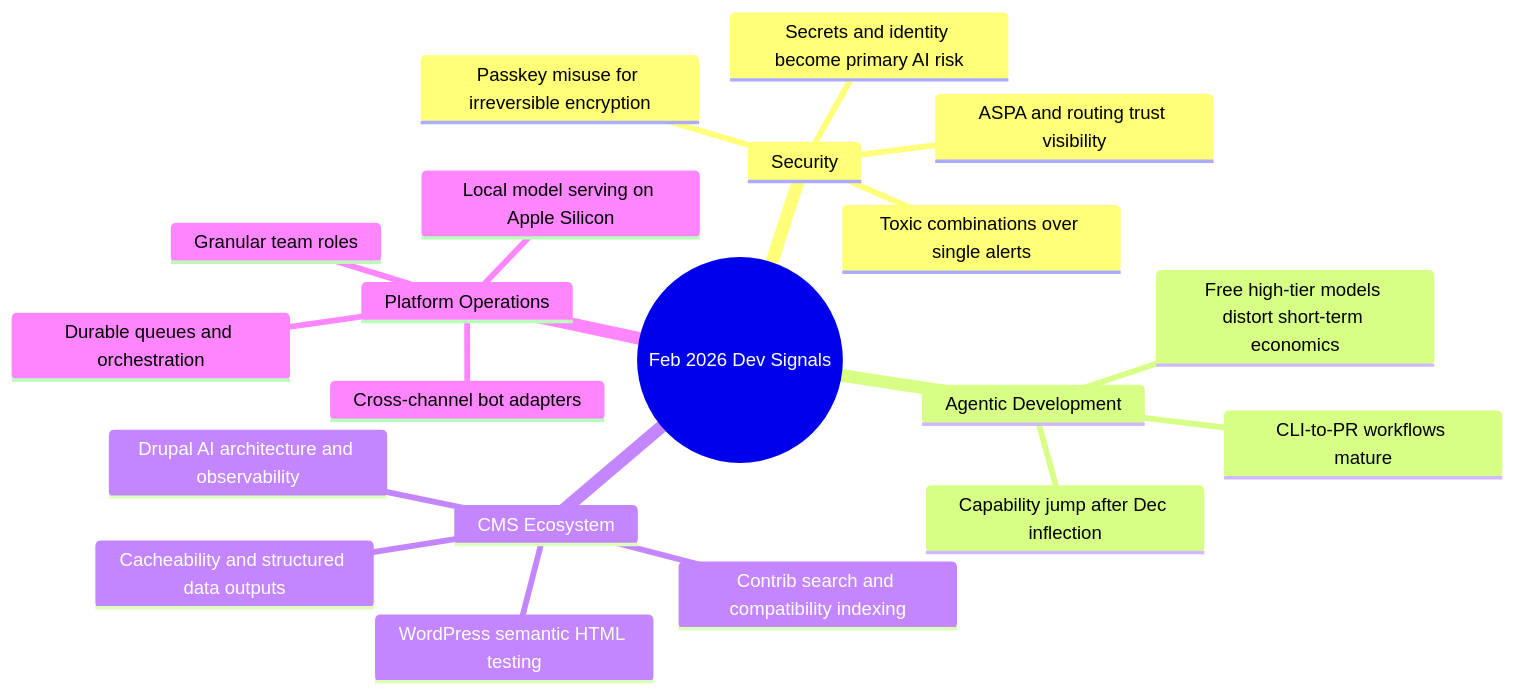
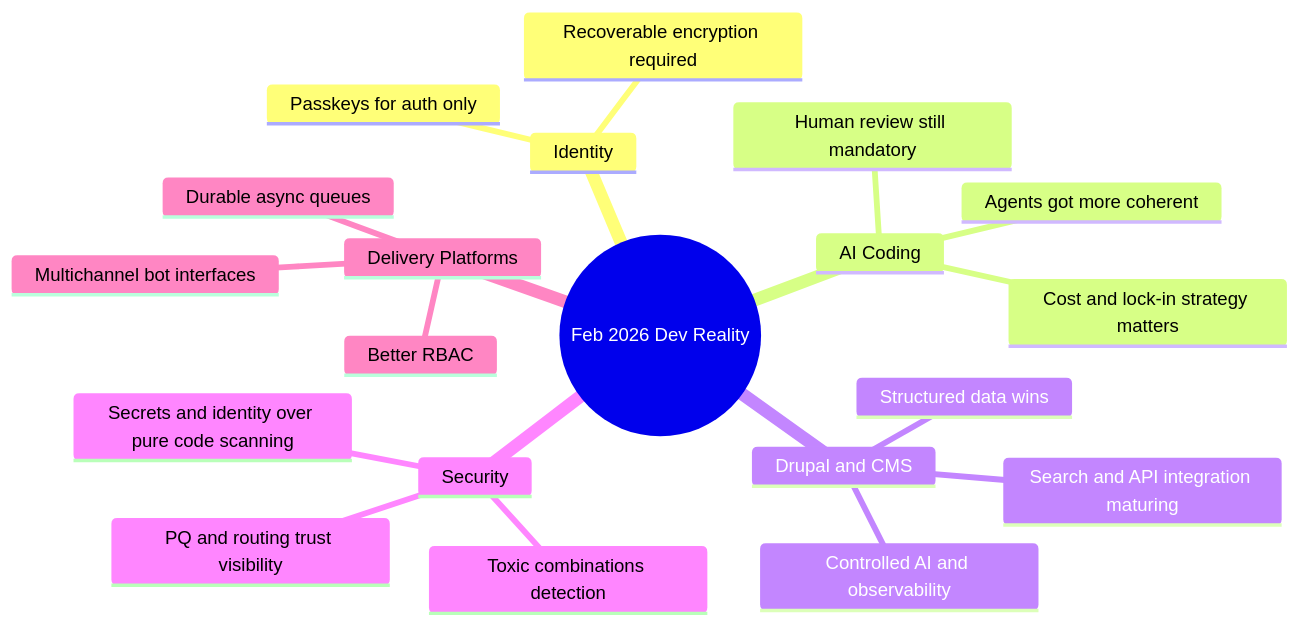
The diagram in blog/2026-02-28-please-please-please-stop-using-passkeys-for-encrypting-user.md (victorstack-ai/agent-blog), drawn with Mermaid before and after one commit. The commit also changed other lines of this file and 117 other files, not shown here.

````diff
--- a/blog/2026-02-28-please-please-please-stop-using-passkeys-for-encrypting-user.md
+++ b/blog/2026-02-28-please-please-please-stop-using-passkeys-for-encrypting-user.md
@@ -180,23 +135,23 @@
 ```mermaid
 mindmap
-  root((Feb 2026 Dev Signals))
+  root((Feb 2026 Dev Reality))
+    Identity
+      Passkeys for auth only
+      Recoverable encryption required
+    AI Coding
+      Agents got more coherent
+      Human review still mandatory
+      Cost and lock-in strategy matters
+    Drupal and CMS
+      Structured data wins
+      Controlled AI and observability
+      Search and API integration maturing
     Security
-      Passkey misuse for irreversible encryption
-      Secrets and identity become primary AI risk
-      Toxic combinations over single alerts
-      ASPA and routing trust visibility
-    Agentic Development
-      Capability jump after Dec inflection
-      CLI-to-PR workflows mature
-      Free high-tier models distort short-term economics
-    CMS Ecosystem
-      Drupal AI architecture and observability
-      Cacheability and structured data outputs
-      WordPress semantic HTML testing
-      Contrib search and compatibility indexing
-    Platform Operations
-      Durable queues and orchestration
-      Granular team roles
-      Cross-channel bot adapters
-      Local model serving on Apple Silicon
+      Secrets and identity over pure code scanning
+      Toxic combinations detection
+      PQ and routing trust visibility
+    Delivery Platforms
+      Durable async queues
+      Better RBAC
+      Multichannel bot interfaces
 ```
````
